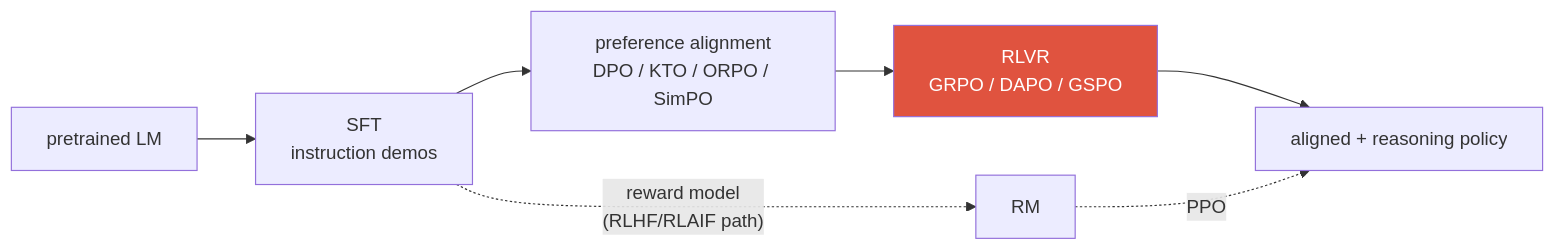
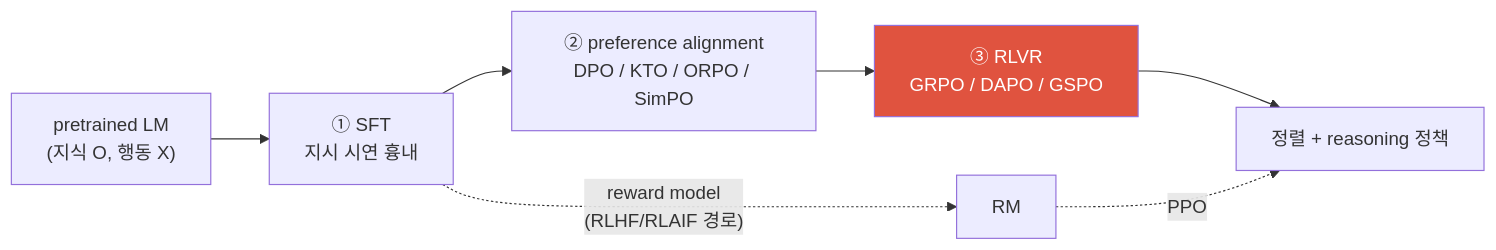
The first of 2 diagrams in content/llm/alignment.ko.md (beomyoung-kim/ml_study), drawn with Mermaid before and after one commit. The commit also changed other lines of this file and 209 other files, not shown here.

````diff
--- a/content/llm/alignment.ko.md
+++ b/content/llm/alignment.ko.md
@@ -10,10 +48,10 @@
 ```mermaid
 flowchart LR
-  PT["pretrained LM"] --> SFT["SFT<br/>instruction demos"]
-  SFT --> PO["preference alignment<br/>DPO / KTO / ORPO / SimPO"]
-  PO --> RLVR["RLVR<br/>GRPO / DAPO / GSPO"]
-  RLVR --> A["aligned + reasoning policy"]
-  SFT -. "reward model<br/>(RLHF/RLAIF path)" .-> RM["RM"]
+  PT["pretrained LM<br/>(지식 O, 행동 X)"] --> SFT["① SFT<br/>지시 시연 흉내"]
+  SFT --> PO["② preference alignment<br/>DPO / KTO / ORPO / SimPO"]
+  PO --> RLVR["③ RLVR<br/>GRPO / DAPO / GSPO"]
+  RLVR --> A["정렬 + reasoning 정책"]
+  SFT -. "reward model<br/>(RLHF/RLAIF 경로)" .-> RM["RM"]
   RM -. PPO .-> A
   style RLVR fill:#e0533f,color:#fff
 ```
````
